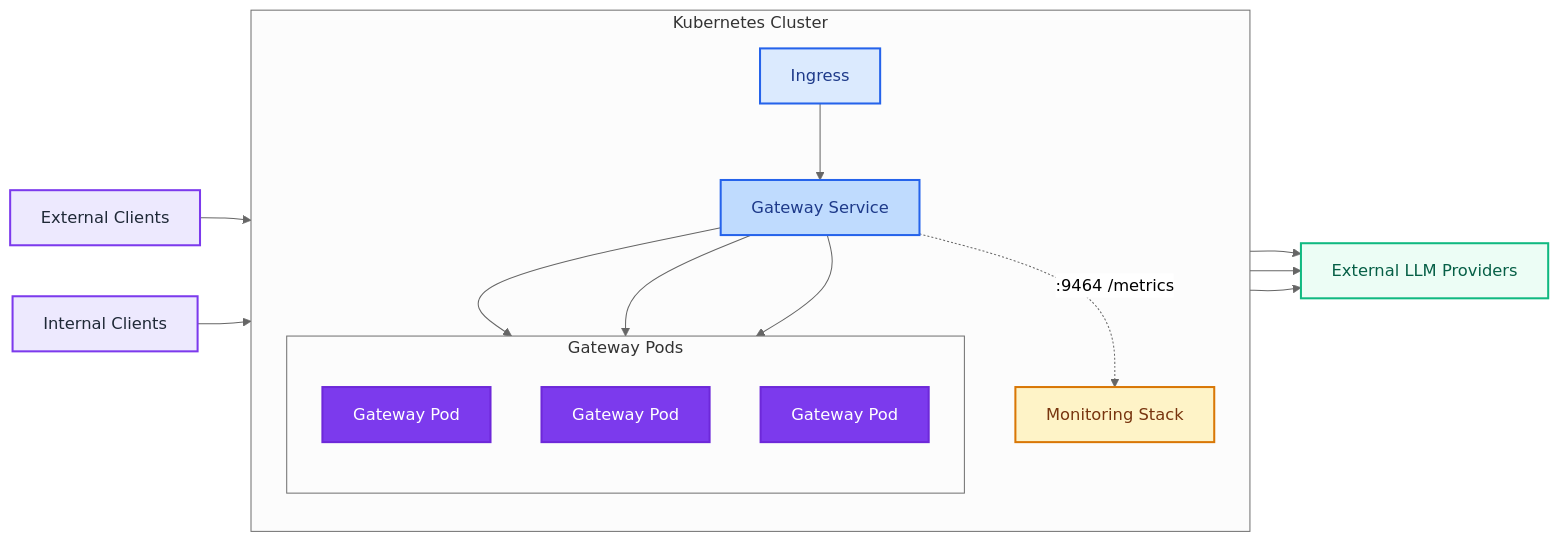
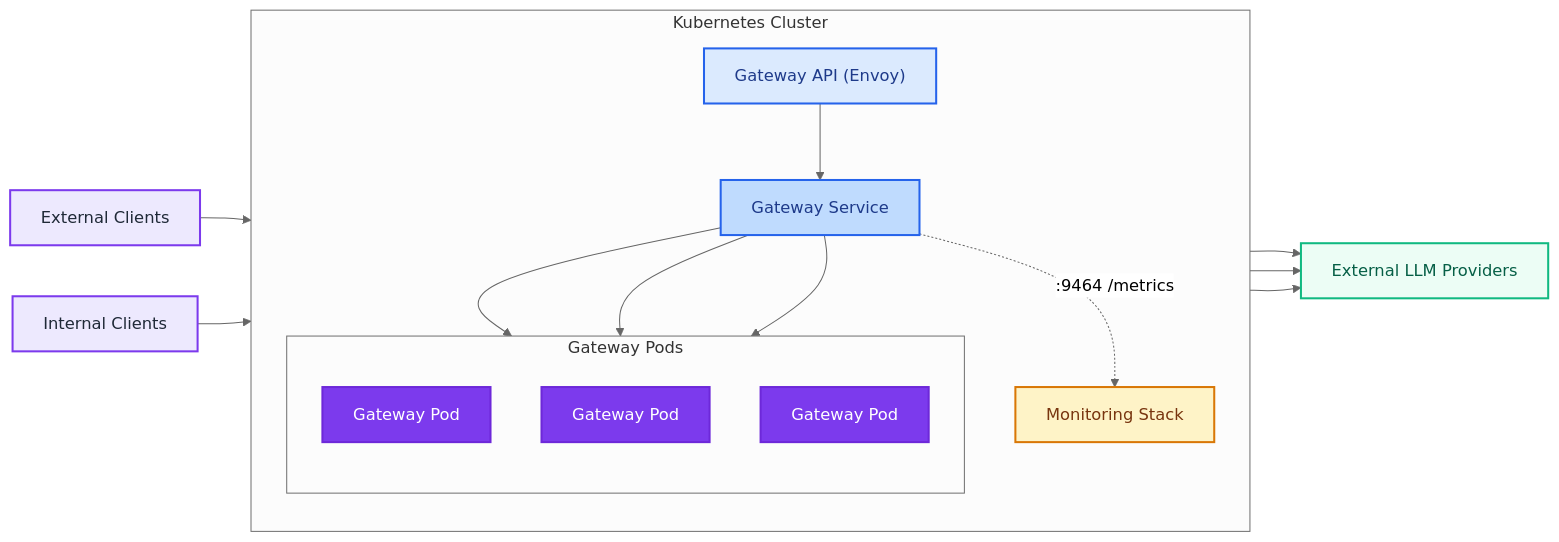
Before and after one commit to inference-gateway/docs: the second of 2 diagrams in architecture-overview.md, drawn with Mermaid (neutral theme). The commit also changed other lines of this file and 2 other files, not shown here.

Commit message:
docs: migrate kubernetes guidance to gateway api routing (#220)

````diff
--- a/architecture-overview.md
+++ b/architecture-overview.md
@@ -57,46 +57,46 @@
 ```mermaid
 flowchart LR
     ExtClient["External Clients"]
     IntClient["Internal Clients"]
     Providers["External LLM Providers"]
     Monitoring["Monitoring Stack"]
 
     subgraph Cluster["Kubernetes Cluster"]
         direction TB
-        Ingress["Ingress"]
+        GwAPI["Gateway API (Envoy)"]
         Svc["Gateway Service"]
 
         subgraph Pods["Gateway Pods"]
             direction TB
             Pod1["Gateway Pod"]
             Pod2["Gateway Pod"]
             Pod3["Gateway Pod"]
         end
 
-        Ingress --> Svc
+        GwAPI --> Svc
         Svc --> Pod1
         Svc --> Pod2
         Svc --> Pod3
         Svc -. ":9464 /metrics" .-> Monitoring
     end
 
-    ExtClient --> Ingress
+    ExtClient --> GwAPI
     IntClient --> Svc
     Pod1 --> Providers
     Pod2 --> Providers
     Pod3 --> Providers
 
     classDef client fill:#ede9fe,stroke:#7c3aed,stroke-width:2px,color:#1f2937
-    classDef ingress fill:#dbeafe,stroke:#2563eb,stroke-width:2px,color:#1e3a8a
+    classDef gatewayapi fill:#dbeafe,stroke:#2563eb,stroke-width:2px,color:#1e3a8a
     classDef service fill:#bfdbfe,stroke:#2563eb,stroke-width:2px,color:#1e3a8a
     classDef gateway fill:#7c3aed,stroke:#6d28d9,stroke-width:2px,color:#ffffff
     classDef monitor fill:#fef3c7,stroke:#d97706,stroke-width:2px,color:#78350f
     classDef provider fill:#ecfdf5,stroke:#10b981,stroke-width:2px,color:#065f46
 
     class ExtClient,IntClient client
-    class Ingress ingress
+    class GwAPI gatewayapi
     class Svc service
     class Pod1,Pod2,Pod3 gateway
     class Monitoring monitor
     class Providers provider
 ```
````
